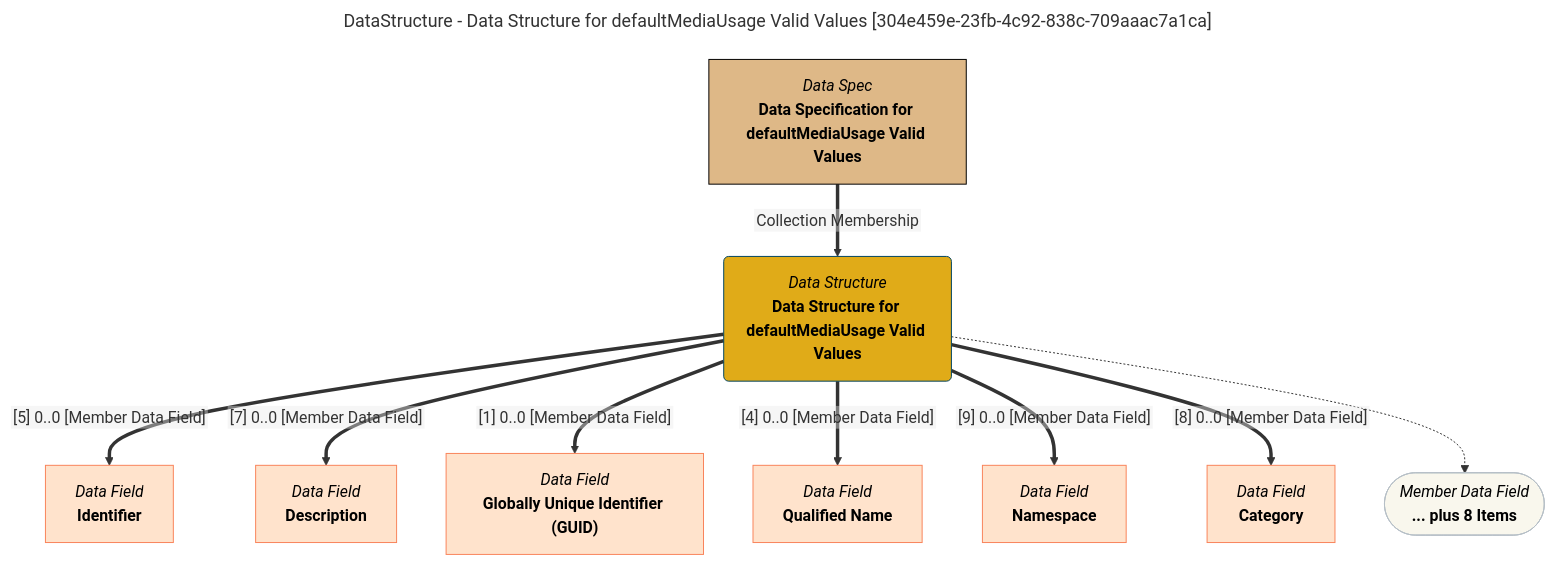
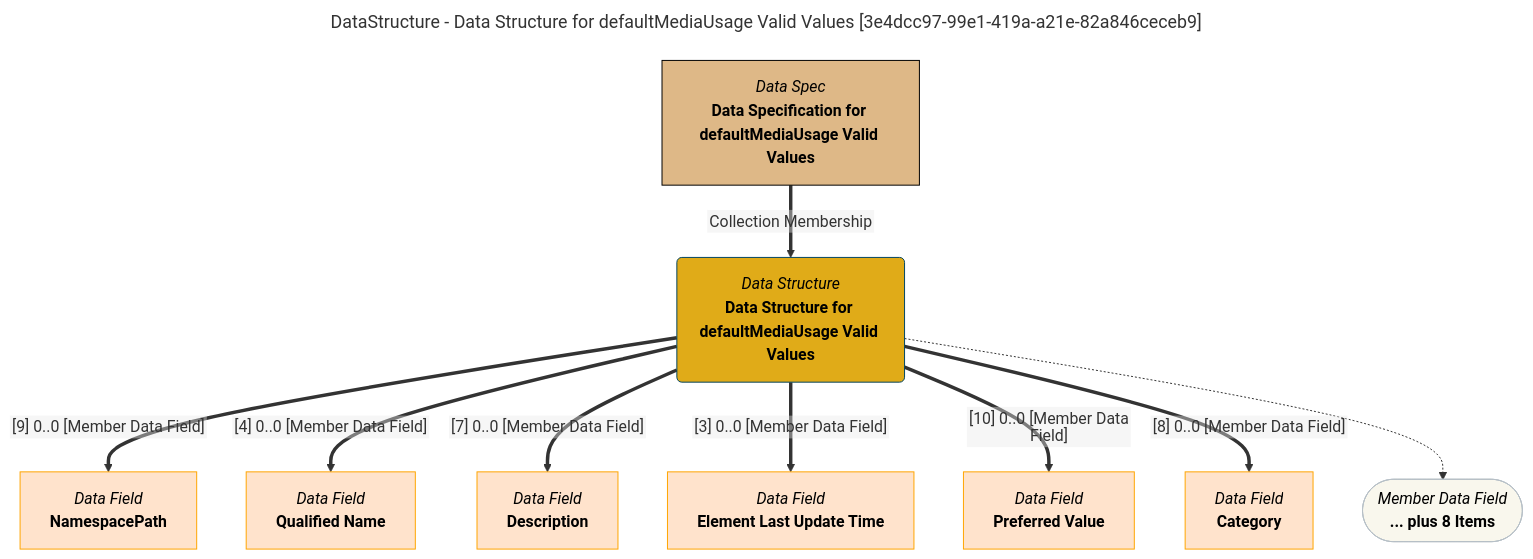
One commit to odpi/egeria-docs changed the diagram in site/snippets/data-structures/data-structure-for-defaultmediausage-valid-values-mermaid-graph.md. Above: the diagram before and after it, drawn with Mermaid. The commit also changed 2201 other files, not shown here.

````diff
--- a/site/snippets/data-structures/data-structure-for-defaultmediausage-valid-values-mermaid-graph.md
+++ b/site/snippets/data-structures/data-structure-for-defaultmediausage-valid-values-mermaid-graph.md
@@ -1,43 +1,43 @@
 ```mermaid
 ---
-title: DataStructure - Data Structure for defaultMediaUsage Valid Values [304e459e-23fb-4c92-838c-709aaac7a1ca]
+title: DataStructure - Data Structure for defaultMediaUsage Valid Values [3e4dcc97-99e1-419a-a21e-82a846ceceb9]
 ---
 flowchart TD
 %%{init: {"flowchart": {"htmlLabels": false}} }%%
 
 1@{ shape: rounded, label: "*Data Structure*
 **Data Structure for defaultMediaUsage Valid Values**"}
 2@{ shape: rect, label: "*Data Spec*
 **Data Specification for defaultMediaUsage Valid Values**"}
 2==>|"Collection Membership"|1
 3@{ shape: rect, label: "*Data Field*
-**Identifier**"}
-1==>|"[5] 0..0 [Member Data Field]"|3
+**NamespacePath**"}
+1==>|"[9] 0..0 [Member Data Field]"|3
 4@{ shape: rect, label: "*Data Field*
+**Qualified Name**"}
+1==>|"[4] 0..0 [Member Data Field]"|4
+5@{ shape: rect, label: "*Data Field*
 **Description**"}
-1==>|"[7] 0..0 [Member Data Field]"|4
-5@{ shape: rect, label: "*Data Field*
-**Globally Unique Identifier (GUID)**"}
-1==>|"[1] 0..0 [Member Data Field]"|5
+1==>|"[7] 0..0 [Member Data Field]"|5
 6@{ shape: rect, label: "*Data Field*
-**Qualified Name**"}
-1==>|"[4] 0..0 [Member Data Field]"|6
+**Element Last Update Time**"}
+1==>|"[3] 0..0 [Member Data Field]"|6
 7@{ shape: rect, label: "*Data Field*
-**Namespace**"}
-1==>|"[9] 0..0 [Member Data Field]"|7
+**Preferred Value**"}
+1==>|"[10] 0..0 [Member Data Field]"|7
 8@{ shape: rect, label: "*Data Field*
 **Category**"}
 1==>|"[8] 0..0 [Member Data Field]"|8
 9@{ shape: stadium, label: "*Member Data Field*
 **... plus 8 Items**"}
 1-.->9
 style 1 color:#000000, fill:#e0ab18, stroke:#004563
-style 2 color:#000000, fill:#deb887, stroke:#000000
-style 3 color:#000000, fill:#ffe3cc, stroke:#f9845b
-style 4 color:#000000, fill:#ffe3cc, stroke:#f9845b
-style 5 color:#000000, fill:#ffe3cc, stroke:#f9845b
-style 6 color:#000000, fill:#ffe3cc, stroke:#f9845b
-style 7 color:#000000, fill:#ffe3cc, stroke:#f9845b
-style 8 color:#000000, fill:#ffe3cc, stroke:#f9845b
+style 2 color:#000000, fill:#DEB887, stroke:#000000
+style 3 color:#000000, fill:#ffe3cc, stroke:#FFA500
+style 4 color:#000000, fill:#ffe3cc, stroke:#FFA500
+style 5 color:#000000, fill:#ffe3cc, stroke:#FFA500
+style 6 color:#000000, fill:#ffe3cc, stroke:#FFA500
+style 7 color:#000000, fill:#ffe3cc, stroke:#FFA500
+style 8 color:#000000, fill:#ffe3cc, stroke:#FFA500
 style 9 color:#000000, fill:#F9F7ED, stroke:#b7c0c7
 ```
````
